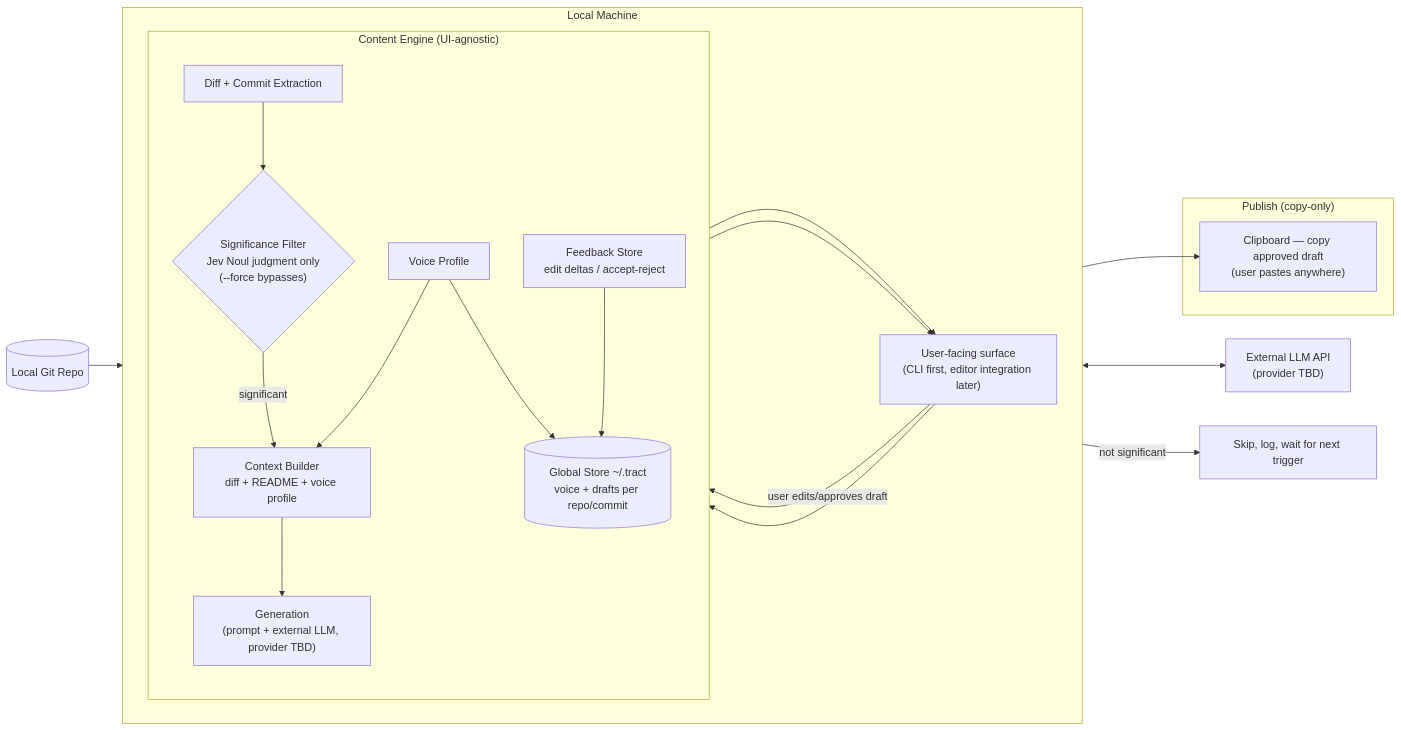
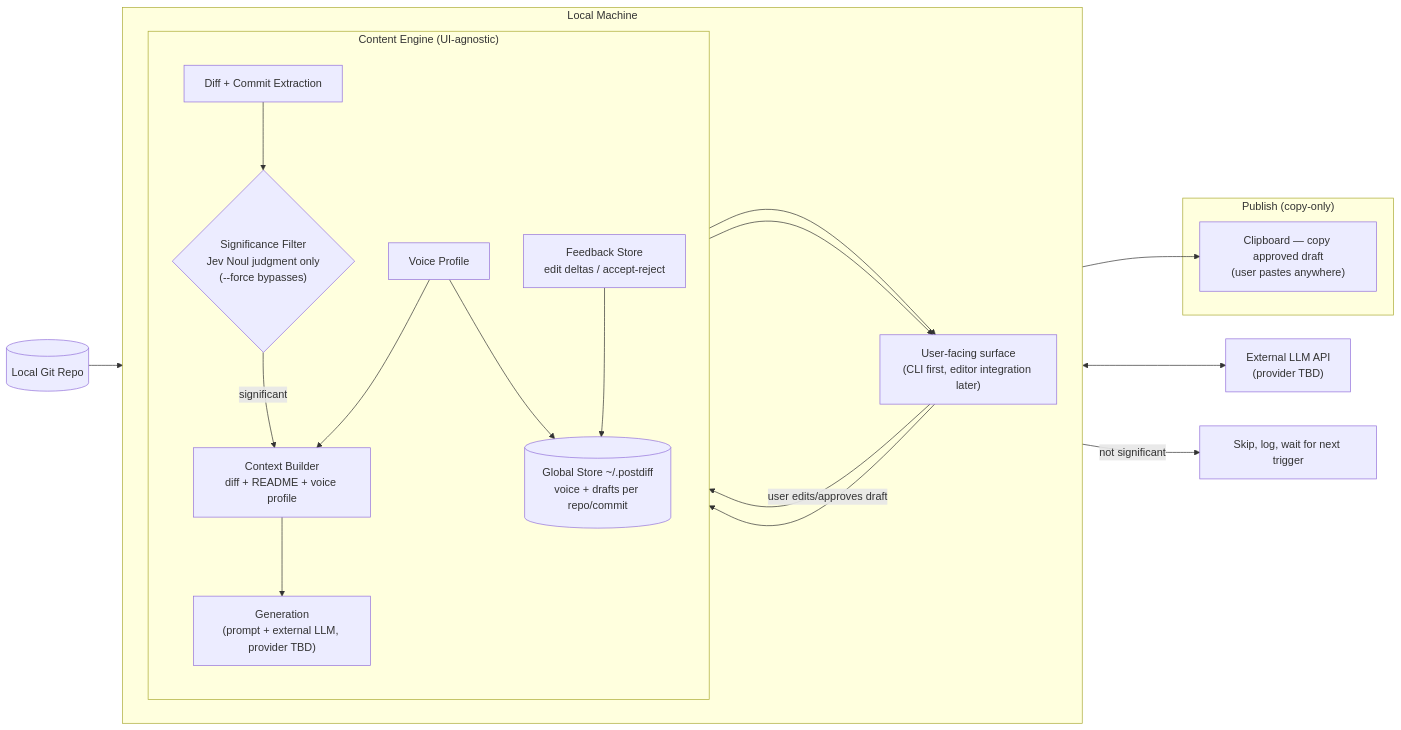
Before and after one commit to ankitdey01/postdiff: the diagram in README.md, drawn with Mermaid. The commit also changed 31 other files, not shown here.

````diff
--- a/README.md
+++ b/README.md
@@ -7,44 +7,44 @@
 ```mermaid
 flowchart LR
     GITREPO[(Local Git Repo)]
 
     subgraph LOCAL["Local Machine"]
         direction LR
 
         CLIENTS["User-facing surface\n(CLI first, editor integration later)"]
 
         subgraph ENGINE["Content Engine (UI-agnostic)"]
             direction TB
             GITMOD["Diff + Commit Extraction"]
             FILTER{"Significance Filter\nJev Noul judgment only\n(--force bypasses)"}
             CTX["Context Builder\ndiff + README + voice profile"]
             GEN["Generation\n(prompt + external LLM, provider TBD)"]
             VOICE["Voice Profile"]
             FEEDBACK["Feedback Store\nedit deltas / accept-reject"]
-            STORE[("Global Store ~/.tract\nvoice + drafts per repo/commit")]
+            STORE[("Global Store ~/.postdiff\nvoice + drafts per repo/commit")]
         end
     end
 
     LLM["External LLM API\n(provider TBD)"]
 
     subgraph PUBLISH["Publish (copy-only)"]
         COPY["Clipboard — copy approved draft\n(user pastes anywhere)"]
     end
 
     GITREPO --> GITMOD
     CLIENTS --> ENGINE
     ENGINE --> CLIENTS
     GITMOD --> FILTER
     FILTER -- "not significant" --> SKIP["Skip, log, wait for next trigger"]
     FILTER -- "significant" --> CTX
     VOICE --> CTX
     CTX --> GEN
     GEN <--> LLM
     GEN --> CLIENTS
 
     CLIENTS -- "user edits/approves draft" --> FEEDBACK
     FEEDBACK --> STORE
     VOICE --> STORE
 
     CLIENTS --> COPY
 ```
````
